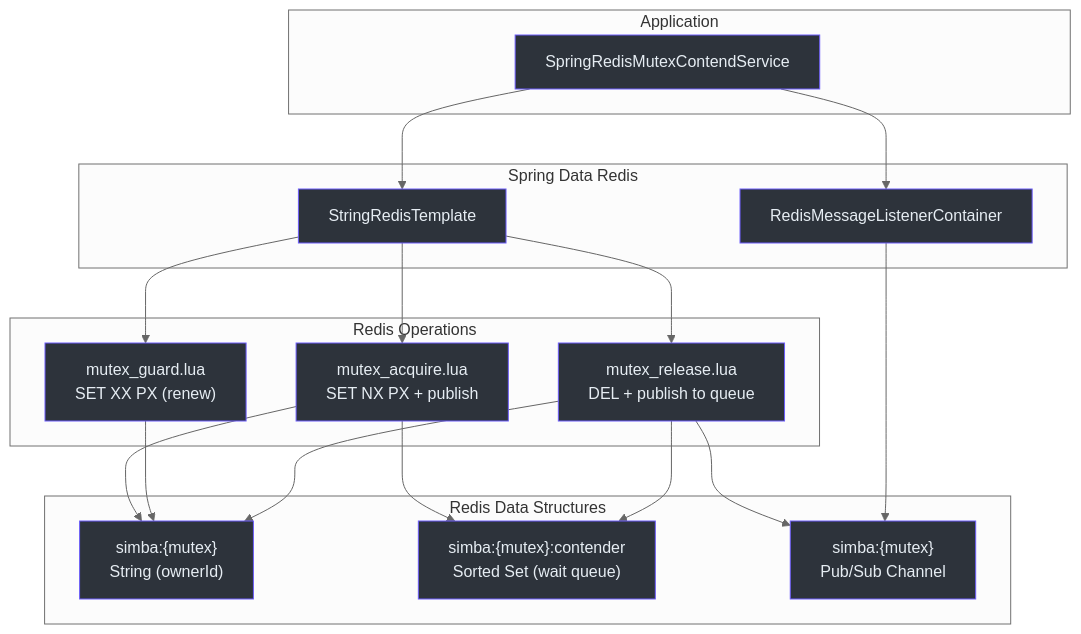
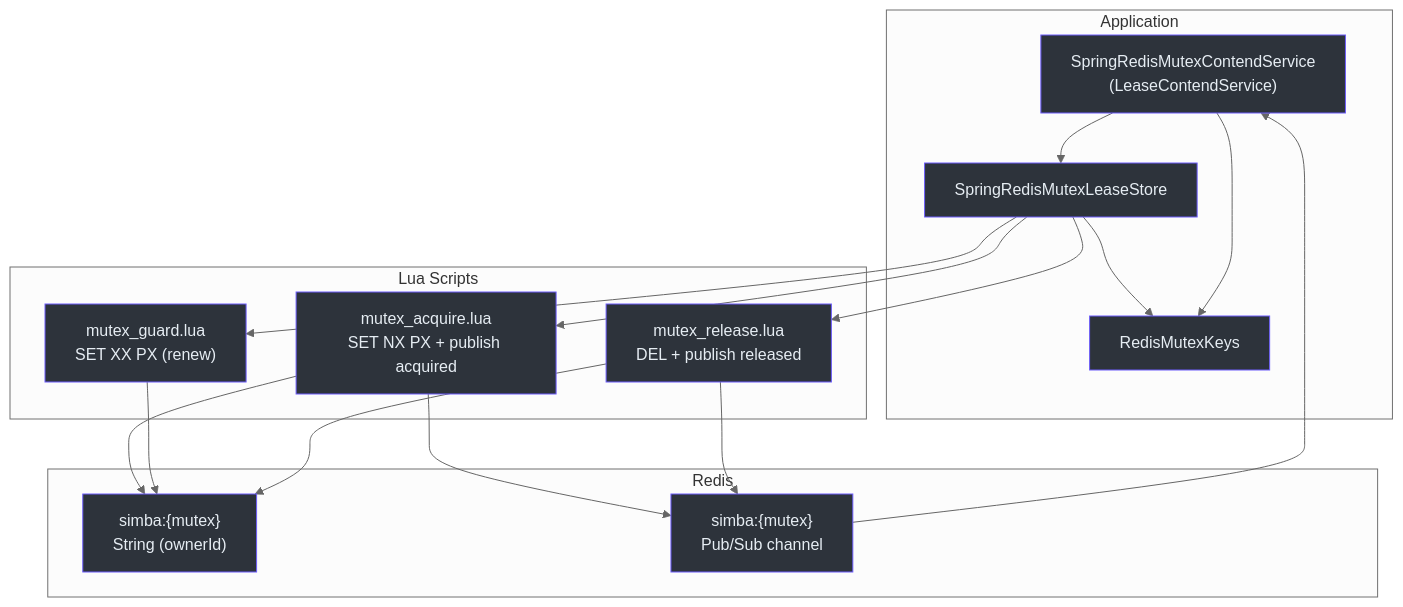
One commit to Ahoo-Wang/Simba changed the first of 2 diagrams in wiki/modules/simba-spring-redis.md. Above: the diagram before and after it, drawn with Mermaid (neutral theme). The commit also changed other lines of this file and 45 other files, not shown here.

````diff
--- a/wiki/modules/simba-spring-redis.md
+++ b/wiki/modules/simba-spring-redis.md
@@ -12,47 +12,39 @@
 ```mermaid
 graph TB
-    subgraph sg_48 ["Application"]
-
-        SVC["SpringRedisMutexContendService"]
+    subgraph sg_app ["Application"]
+        SVC["SpringRedisMutexContendService<br>(LeaseContendService)"]
+        STORE["SpringRedisMutexLeaseStore"]
+        KEYS["RedisMutexKeys"]
     end
-    subgraph sg_49 ["Redis Operations"]
-
-        ACQ["mutex_acquire.lua<br>SET NX PX + publish"]
+    subgraph sg_lua ["Lua Scripts"]
+        ACQ["mutex_acquire.lua<br>SET NX PX + publish acquired"]
         GRD["mutex_guard.lua<br>SET XX PX (renew)"]
-        REL["mutex_release.lua<br>DEL + publish to queue"]
+        REL["mutex_release.lua<br>DEL + publish released"]
     end
-    subgraph sg_50 ["Redis Data Structures"]
-
+    subgraph sg_data ["Redis"]
         KEY["simba:{mutex}<br>String (ownerId)"]
-        ZSET["simba:{mutex}:contender<br>Sorted Set (wait queue)"]
-        CHAN["simba:{mutex}<br>Pub/Sub Channel"]
-    end
-    subgraph sg_51 ["Spring Data Redis"]
-
-        SRT["StringRedisTemplate"]
-        RMLC["RedisMessageListenerContainer"]
+        CHAN["simba:{mutex}<br>Pub/Sub channel"]
     end
 
-    SVC --> SRT
-    SVC --> RMLC
-    SRT --> ACQ
-    SRT --> GRD
-    SRT --> REL
+    SVC --> STORE
+    STORE --> KEYS
+    SVC --> KEYS
+    STORE --> ACQ
+    STORE --> GRD
+    STORE --> REL
     ACQ --> KEY
-    ACQ --> ZSET
+    ACQ --> CHAN
     GRD --> KEY
     REL --> KEY
-    REL --> ZSET
     REL --> CHAN
-    RMLC --> CHAN
+    CHAN --> SVC
 
     style SVC fill:#2d333b,stroke:#6d5dfc,color:#e6edf3
+    style STORE fill:#2d333b,stroke:#6d5dfc,color:#e6edf3
+    style KEYS fill:#2d333b,stroke:#6d5dfc,color:#e6edf3
     style ACQ fill:#2d333b,stroke:#6d5dfc,color:#e6edf3
     style GRD fill:#2d333b,stroke:#6d5dfc,color:#e6edf3
     style REL fill:#2d333b,stroke:#6d5dfc,color:#e6edf3
     style KEY fill:#2d333b,stroke:#6d5dfc,color:#e6edf3
-    style ZSET fill:#2d333b,stroke:#6d5dfc,color:#e6edf3
     style CHAN fill:#2d333b,stroke:#6d5dfc,color:#e6edf3
-    style SRT fill:#2d333b,stroke:#6d5dfc,color:#e6edf3
-    style RMLC fill:#2d333b,stroke:#6d5dfc,color:#e6edf3
 ```
````
